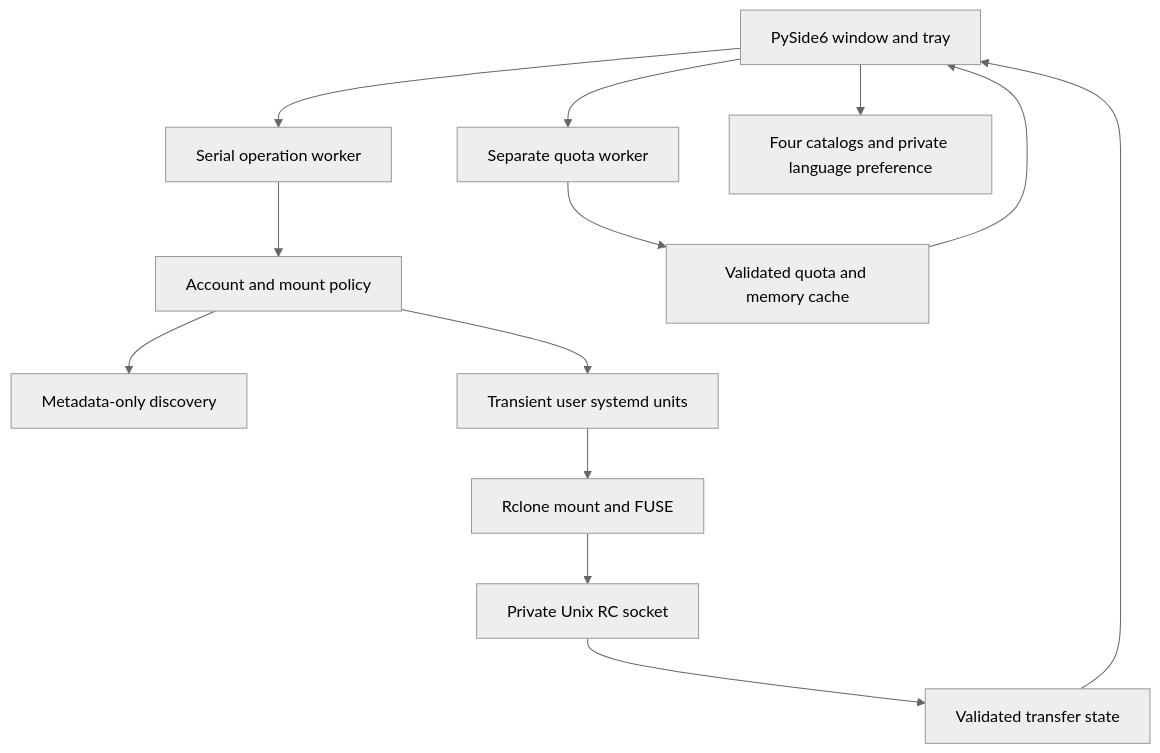
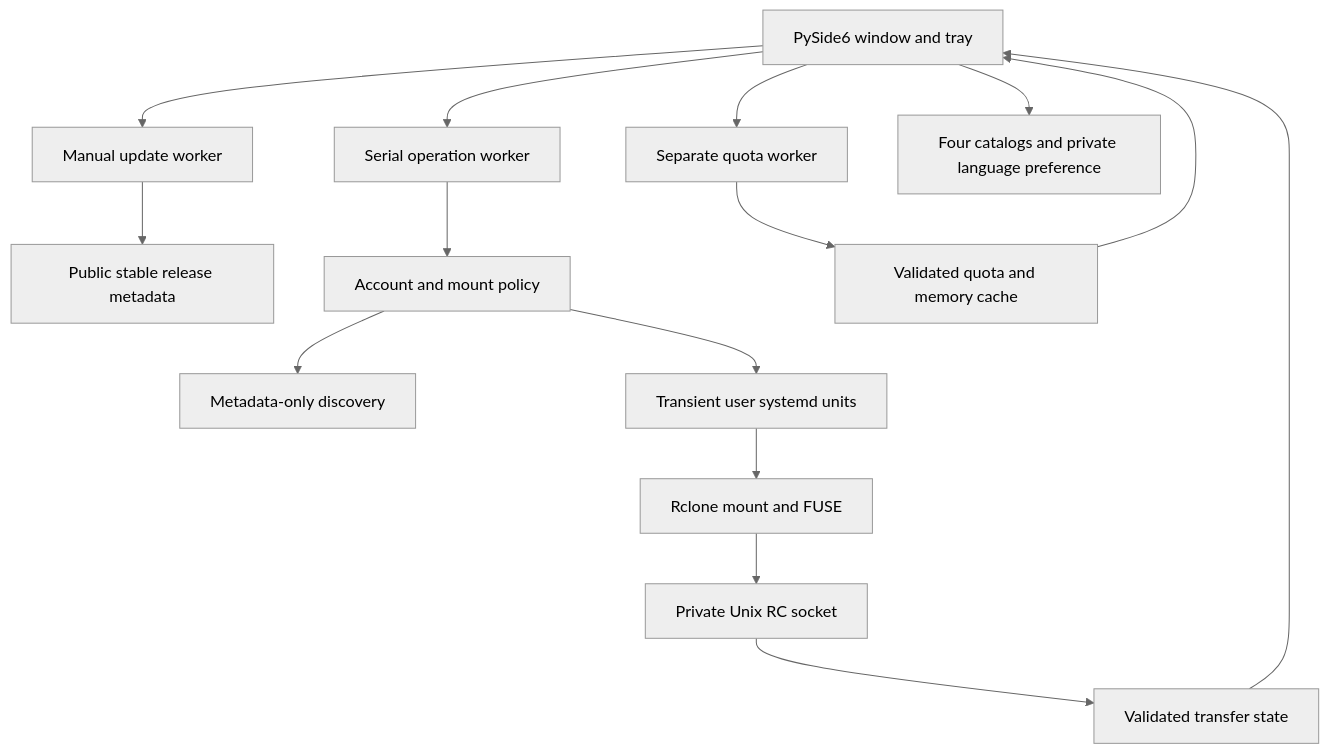
Before and after one commit to isoslinux/drivemanager: the diagram in docs/architecture.md, drawn with Mermaid (neutral theme). The commit also changed other lines of this file and 16 other files, not shown here.

First line of the commit message:
Add manual stable-release update checks (1.15.0)

````diff
--- a/docs/architecture.md
+++ b/docs/architecture.md
@@ -5,15 +5,17 @@
 ```mermaid
 flowchart TD
     UI[PySide6 window and tray] --> Operations[Serial operation worker]
     UI --> Quota[Separate quota worker]
+    UI --> Updates[Manual update worker]
+    Updates --> GitHub[Public stable release metadata]
     Operations --> Manager[Account and mount policy]
     Manager --> Discovery[Metadata-only discovery]
     Manager --> Systemd[Transient user systemd units]
     Systemd --> Rclone[Rclone mount and FUSE]
     Rclone --> RC[Private Unix RC socket]
     RC --> Transfers[Validated transfer state]
     Transfers --> UI
     Quota --> Capacity[Validated quota and memory cache]
     Capacity --> UI
     UI --> Languages[Four catalogs and private language preference]
 ```
````
